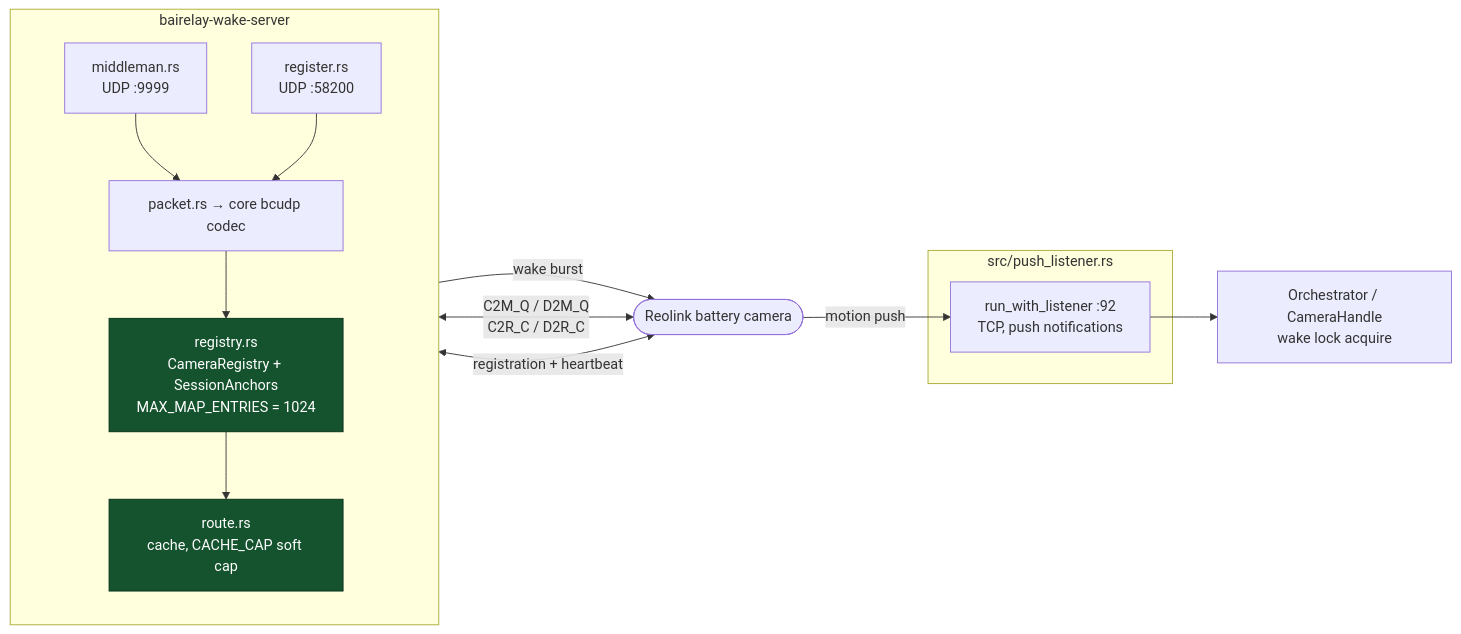
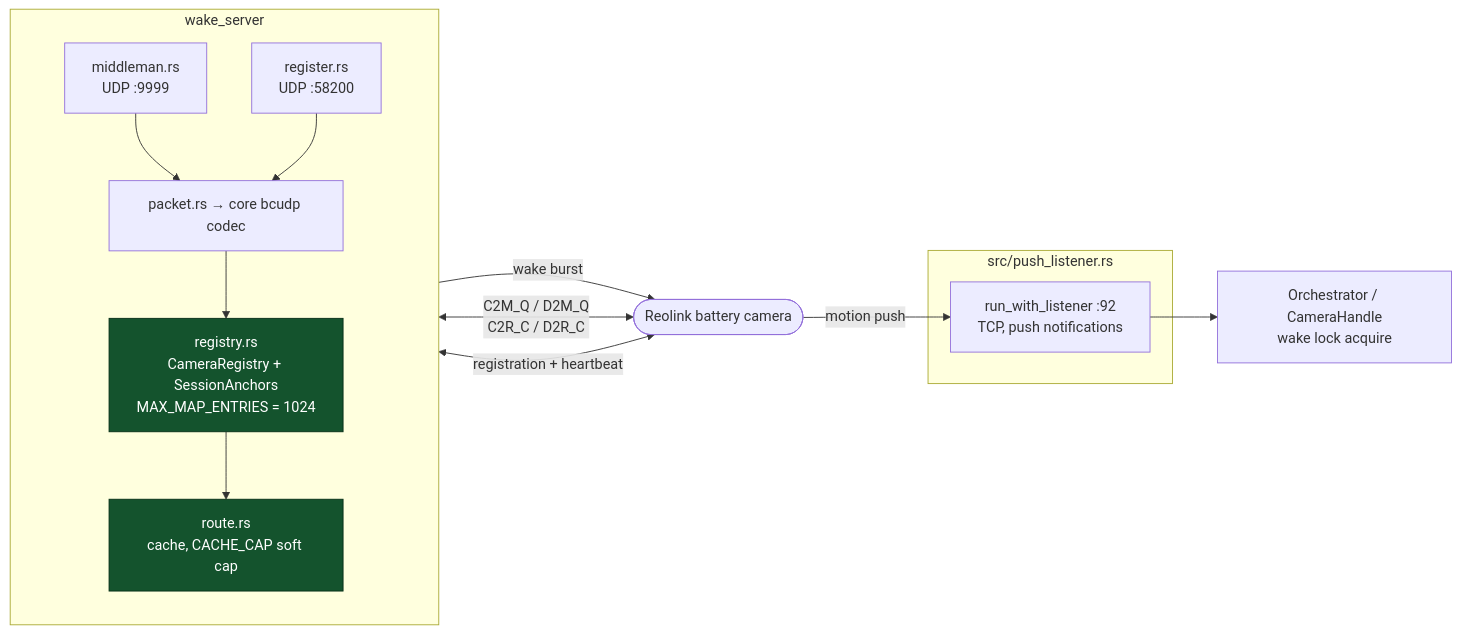
The tenth of 14 diagrams in docs/code-paths.md (hsoj/bairelay), drawn with Mermaid before and after one commit. The commit also changed other lines of this file and 369 other files, not shown here.

````diff
--- a/docs/code-paths.md
+++ b/docs/code-paths.md
@@ -530,32 +530,32 @@
 ```mermaid
 flowchart LR
     CAMERA(["Reolink battery camera"])
 
-    subgraph WS ["bairelay-wake-server"]
+    subgraph WS ["wake_server"]
         direction TB
         MM["middleman.rs<br/>UDP :9999"]
         RG["register.rs<br/>UDP :58200"]
         REG["registry.rs<br/>CameraRegistry + SessionAnchors<br/>MAX_MAP_ENTRIES = 1024"]
         RT["route.rs<br/>cache, CACHE_CAP soft cap"]
         PKT["packet.rs → core bcudp codec"]
 
         MM --> PKT
         RG --> PKT
         PKT --> REG
         REG --> RT
     end
 
     subgraph PLS ["src/push_listener.rs"]
         PL["run_with_listener :92<br/>TCP, push notifications"]
     end
 
     CAMERA <-->|"C2M_Q / D2M_Q<br/>C2R_C / D2R_C"| MM
     CAMERA <-->|"registration + heartbeat"| RG
     CAMERA -->|"motion push"| PL
 
     RT -->|"wake burst"| CAMERA
     PL --> ORCH["Orchestrator / CameraHandle<br/>wake lock acquire"]
 
     classDef clean fill:#14532d,stroke:#052e16,color:#fff
     class REG,RT clean
 ```
````
